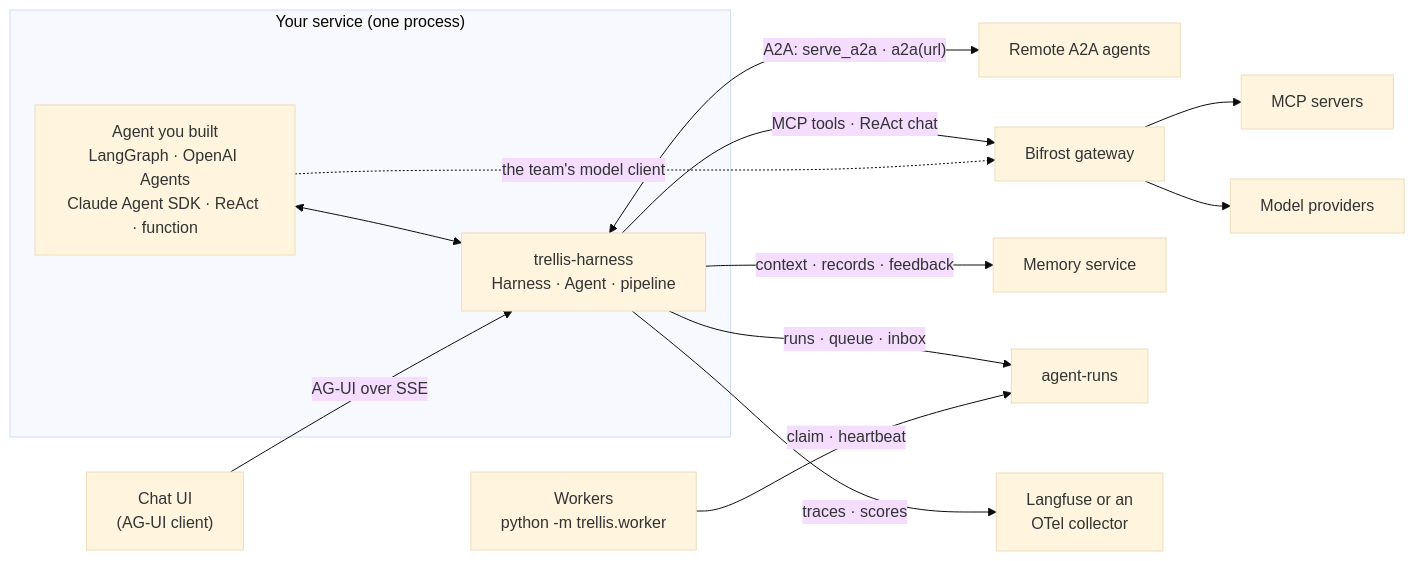
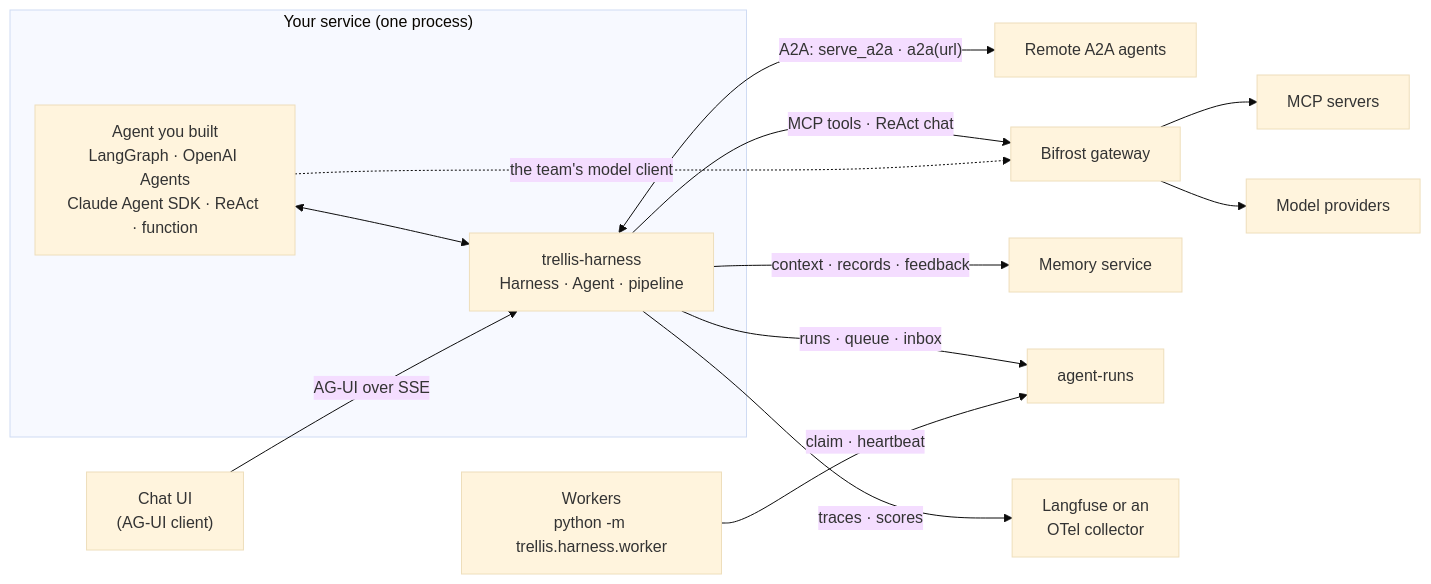
One commit to amitmohapatra/agent-harness changed the second of 11 diagrams in ARCHITECTURE.md. Above: the diagram before and after it, drawn with Mermaid (base theme). The commit also changed other lines of this file and 138 other files, not shown here.

````diff
--- a/ARCHITECTURE.md
+++ b/ARCHITECTURE.md
@@ -14,18 +65,18 @@
 ```mermaid
 flowchart LR
   subgraph app["Your service (one process)"]
     target["Agent you built<br/>LangGraph · OpenAI Agents<br/>Claude Agent SDK · ReAct · function"]
     harness["trellis-harness<br/>Harness · Agent · pipeline"]
     target <--> harness
   end
   ui["Chat UI<br/>(AG-UI client)"] -- "AG-UI over SSE" --> harness
   harness <-- "A2A: serve_a2a · a2a(url)" --> peer["Remote A2A agents"]
   harness -- "MCP tools · ReAct chat" --> bifrost["Bifrost gateway"]
   target -. "the team's model client" .-> bifrost
   bifrost --> mcp["MCP servers"]
   bifrost --> models["Model providers"]
   harness -- "context · records · feedback" --> memory["Memory service"]
   harness -- "runs · queue · inbox" --> runs["agent-runs"]
-  worker["Workers<br/>python -m trellis.worker"] -- "claim · heartbeat" --> runs
+  worker["Workers<br/>python -m trellis.harness.worker"] -- "claim · heartbeat" --> runs
   harness -- "traces · scores" --> otel["Langfuse or an<br/>OTel collector"]
 ```
````
